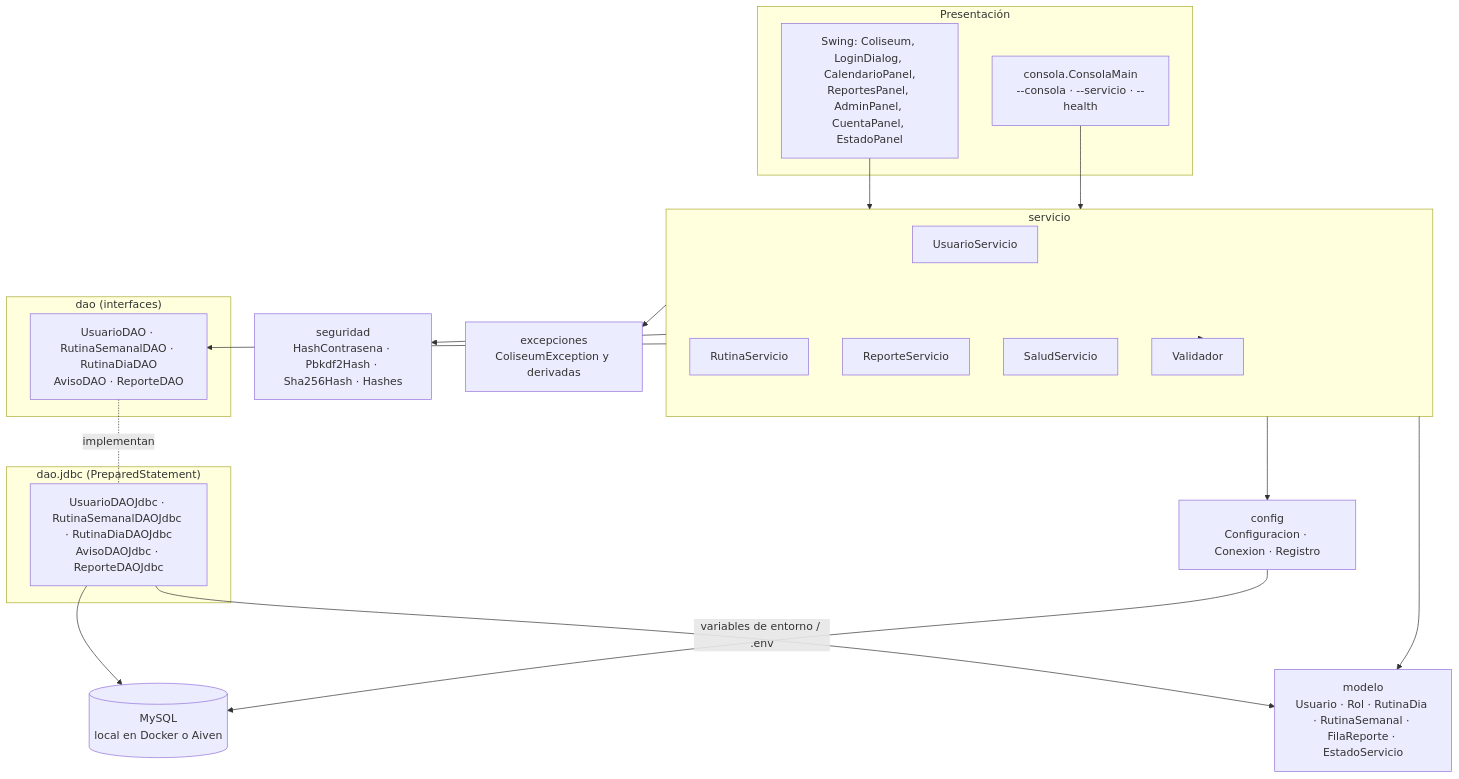
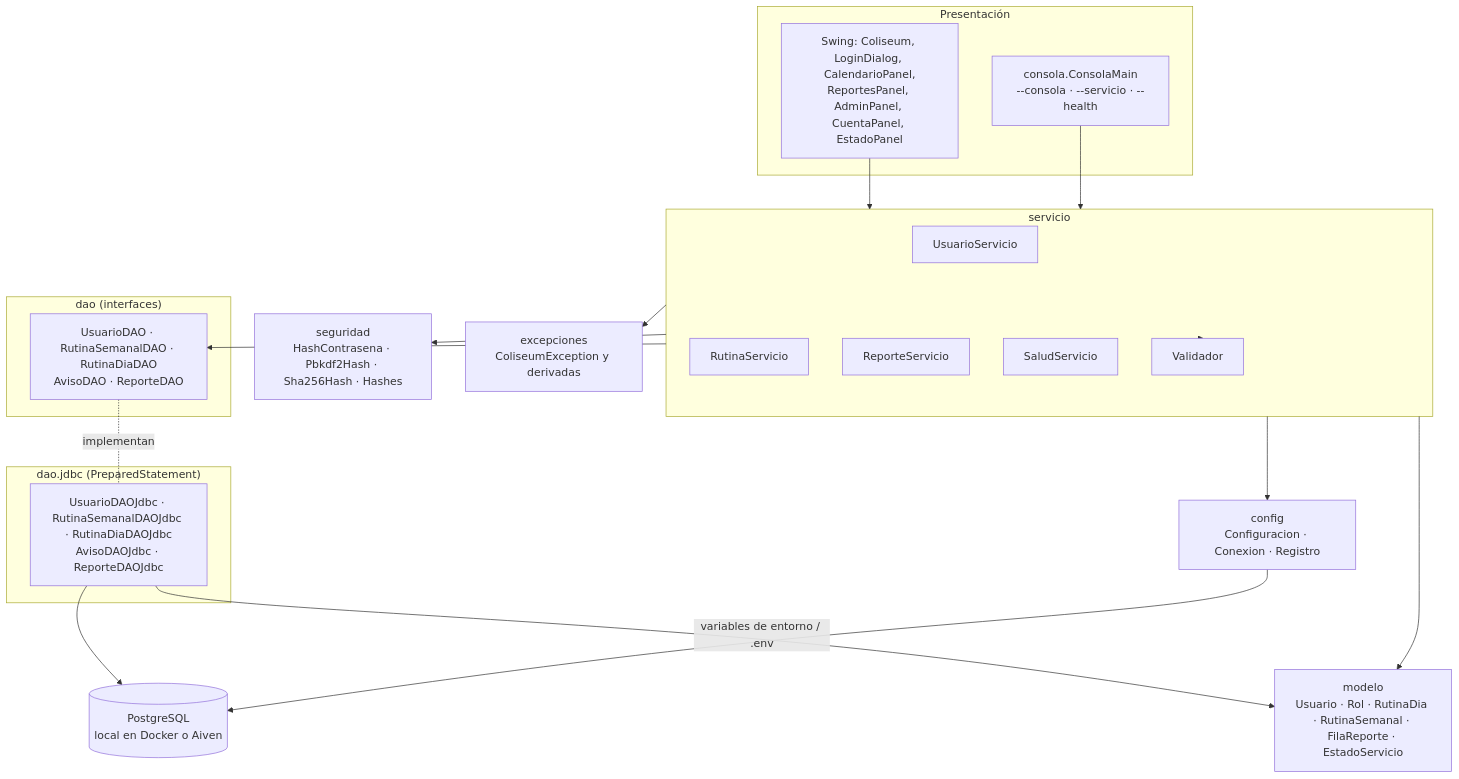
The first of 4 diagrams in docs/uml_cdv.md (RodillaOff/Coliseum), drawn with Mermaid before and after one commit. The commit also changed 30 other files, not shown here.

Commit message:
Migración a PostgreSQL (Aiven) y actualización de documentación

````diff
--- a/docs/uml_cdv.md
+++ b/docs/uml_cdv.md
@@ -7,38 +7,38 @@
 ```mermaid
 flowchart TB
     subgraph PRES["Presentación"]
         SW["Swing: Coliseum, LoginDialog, CalendarioPanel,<br/>ReportesPanel, AdminPanel, CuentaPanel, EstadoPanel"]
         CON["consola.ConsolaMain<br/>--consola · --servicio · --health"]
     end
     subgraph SERV["servicio"]
         US["UsuarioServicio"]
         RS["RutinaServicio"]
         RP["ReporteServicio"]
         SA["SaludServicio"]
         VA["Validador"]
     end
     subgraph DAOI["dao (interfaces)"]
         DI["UsuarioDAO · RutinaSemanalDAO · RutinaDiaDAO<br/>AvisoDAO · ReporteDAO"]
     end
     subgraph DAOJ["dao.jdbc (PreparedStatement)"]
         DJ["UsuarioDAOJdbc · RutinaSemanalDAOJdbc · RutinaDiaDAOJdbc<br/>AvisoDAOJdbc · ReporteDAOJdbc"]
     end
     CFG["config<br/>Configuracion · Conexion · Registro"]
     MOD["modelo<br/>Usuario · Rol · RutinaDia · RutinaSemanal · FilaReporte · EstadoServicio"]
     SEG["seguridad<br/>HashContrasena · Pbkdf2Hash · Sha256Hash · Hashes"]
     EXC["excepciones<br/>ColiseumException y derivadas"]
-    DB[("MySQL<br/>local en Docker o Aiven")]
+    DB[("PostgreSQL<br/>local en Docker o Aiven")]
 
     SW --> SERV
     CON --> SERV
     SERV --> DI
     DI -.implementan.- DJ
     DJ --> DB
     SERV --> CFG
     SERV --> SEG
     SERV --> VA
     SERV --> EXC
     SERV --> MOD
     DJ --> MOD
     CFG -->|"variables de entorno / .env"| DB
 ```
````
